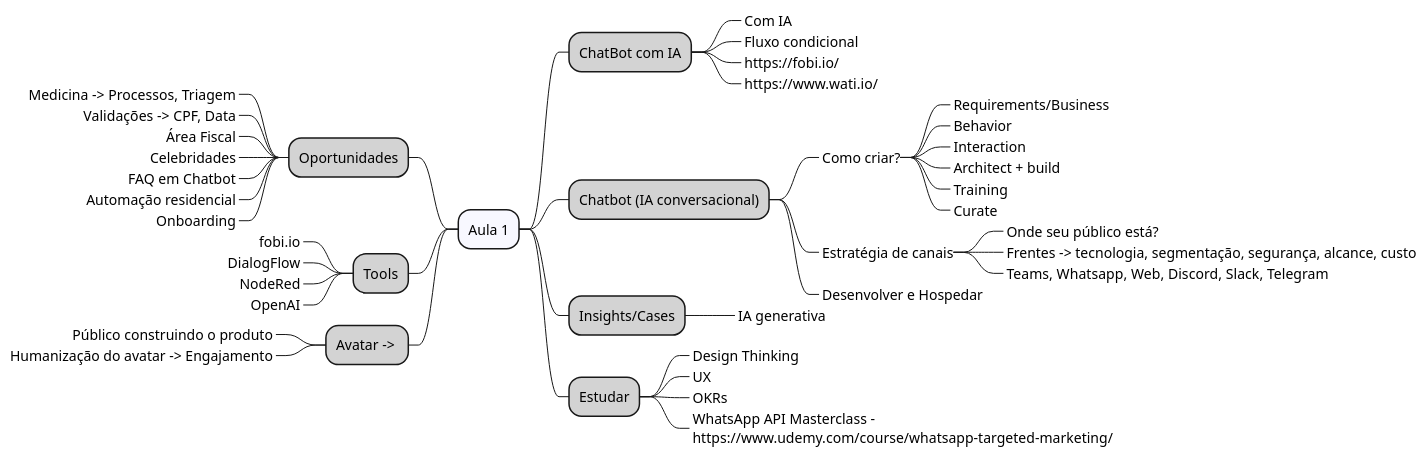
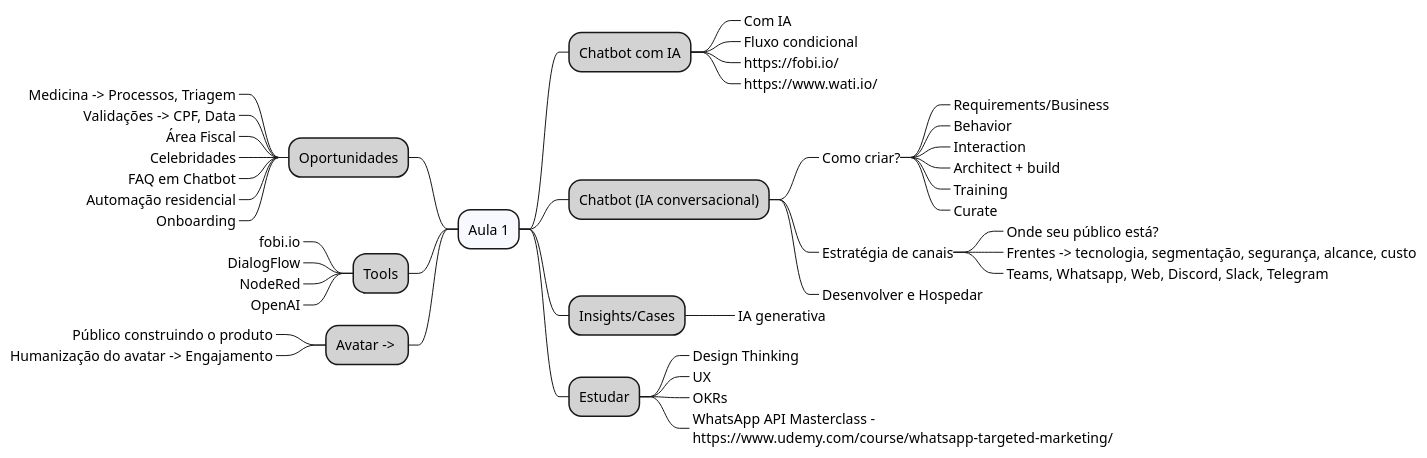
One commit to acnaweb/chatbot changed the diagram in docs/src/aula1.wsd. Above: the diagram before and after it, drawn with PlantUML. The commit also changed 11 other files, not shown here.

```diff
--- a/docs/src/aula1.wsd
+++ b/docs/src/aula1.wsd
@@ -1,67 +1,67 @@
 @startmindmap
 
 *[#F8F8FF] Aula 1
 
-**[#LightGray] ChatBot com IA
+**[#LightGray] Chatbot com IA
 
 ***_ Com IA
 ***_ Fluxo condicional
 ***_ https://fobi.io/
 ***_ https://www.wati.io/
 
 **[#LightGray] Chatbot (IA conversacional)
 
 ***_ Como criar?
 
 ****_ Requirements/Business
 ****_ Behavior
 ****_ Interaction
 ****_ Architect + build
 ****_ Training
 ****_ Curate
 
 ***_ Estratégia de canais
 
 ****_ Onde seu público está? 
 ****_ Frentes -> tecnologia, segmentação, segurança, alcance, custo
 ****_ Teams, Whatsapp, Web, Discord, Slack, Telegram
 
 ***_ Desenvolver e Hospedar 
 
 **[#LightGray] Insights/Cases
 
 ***_ IA generativa
 
 **[#LightGray] Estudar
 
 ***_ Design Thinking
 ***_ UX
 ***_ OKRs
 ***_ WhatsApp API Masterclass -\nhttps://www.udemy.com/course/whatsapp-targeted-marketing/
 
 
 left side
 
 **[#LightGray] Oportunidades
 
 ***_ Medicina -> Processos, Triagem
 ***_ Validações -> CPF, Data
 ***_ Área Fiscal
 ***_ Celebridades
 ***_ FAQ em Chatbot
 ***_ Automação residencial
 ***_ Onboarding
 
 **[#LightGray] Tools
 
 ***_ fobi.io
 ***_ DialogFlow
 ***_ NodeRed
 ***_ OpenAI
 
 **[#LightGray] Avatar -> 
 
 ***_ Público construindo o produto
 ***_ Humanização do avatar -> Engajamento
 
 @endmindmap
```
